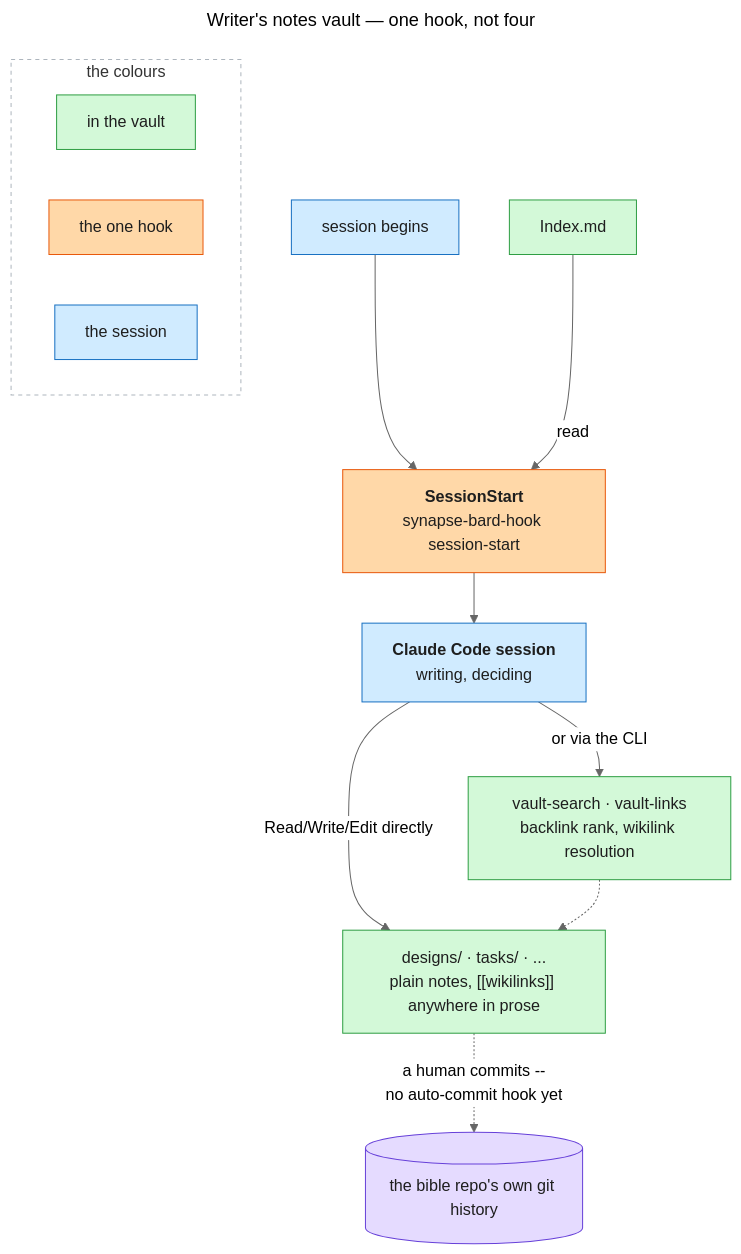
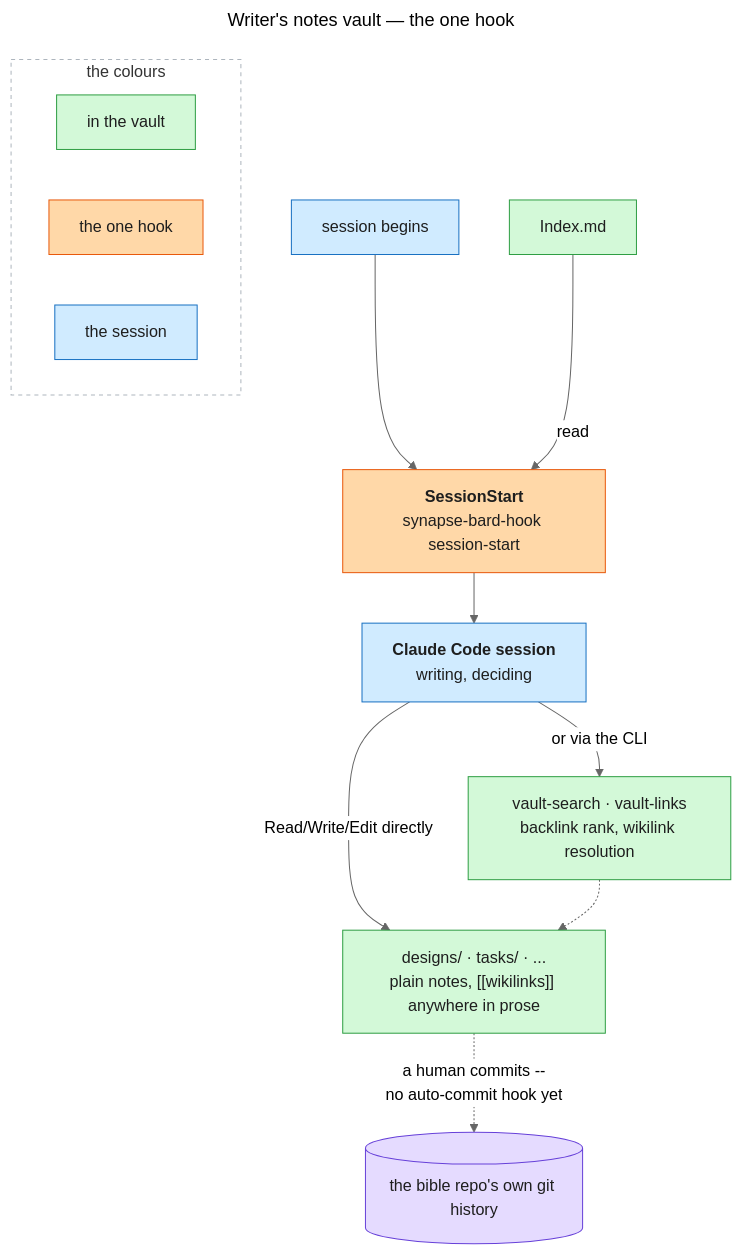
Before and after one commit to imunitic/synapse-bard: the diagram in docs/synapse-bard/diagrams/bard-vault-overview.mmd, drawn with Mermaid (neutral theme). The commit also changed 8 other files, not shown here.

First line of the commit message:
docs(synapse-bard): remove cross-project references to synapse

```diff
--- a/docs/synapse-bard/diagrams/bard-vault-overview.mmd
+++ b/docs/synapse-bard/diagrams/bard-vault-overview.mmd
@@ -1,47 +1,45 @@
 ---
-title: Writer's notes vault — one hook, not four
+title: Writer's notes vault — the one hook
 ---
-%% The contrast with synapse-vault-overview.mmd (four hooks: session-start,
-%% stop-nudge, prompt-context, db-sync) IS the point of this diagram. Bard's
-%% vault has exactly one -- SessionStart -- and no auto-commit, no periodic
-%% nudge, no per-prompt injection. GIT is reached by a dashed, human-labelled
-%% edge rather than a hook arrow to make that omission visible rather than
-%% silently absent.
+%% Bard's vault has exactly one hook -- SessionStart -- and deliberately no
+%% auto-commit, no periodic nudge, no per-prompt injection. GIT is reached by
+%% a dashed, human-labelled edge rather than a hook arrow to make that
+%% omission visible rather than silently absent.
 flowchart TB
     classDef hook fill:#ffd8a8,stroke:#e8590c,color:#1e1e1e
     classDef vault fill:#d3f9d8,stroke:#2f9e44,color:#1e1e1e
     classDef session fill:#d0ebff,stroke:#1971c2,color:#1e1e1e
     classDef store fill:#e5dbff,stroke:#6741d9,color:#1e1e1e
 
     BEGIN["session begins"]
     H1["<b>SessionStart</b><br/>synapse-bard-hook session-start"]
     WORK["<b>Claude Code session</b><br/>writing, deciding"]
 
     IDX["Index.md"]
     FOLDERS["designs/ · tasks/ · ...<br/>plain notes, [[wikilinks]] anywhere in prose"]
     CLI["vault-search · vault-links<br/>backlink rank, wikilink resolution"]
     GIT[("the bible repo's own git history")]
 
     BEGIN --> H1
     IDX -->|"read"| H1
     H1 --> WORK
     WORK -->|"Read/Write/Edit directly"| FOLDERS
     WORK -->|"or via the CLI"| CLI
     CLI -.-> FOLDERS
     FOLDERS -.->|"a human commits --<br/>no auto-commit hook yet"| GIT
 
     class H1 hook
     class IDX,FOLDERS,CLI vault
     class BEGIN,WORK session
     class GIT store
 
     subgraph KEY["the colours"]
         direction LR
         K1["in the vault"]
         K2["the one hook"]
         K3["the session"]
     end
     class K1 vault
     class K2 hook
     class K3 session
     style KEY fill:#ffffff,stroke:#adb5bd,stroke-dasharray:4 4
```
